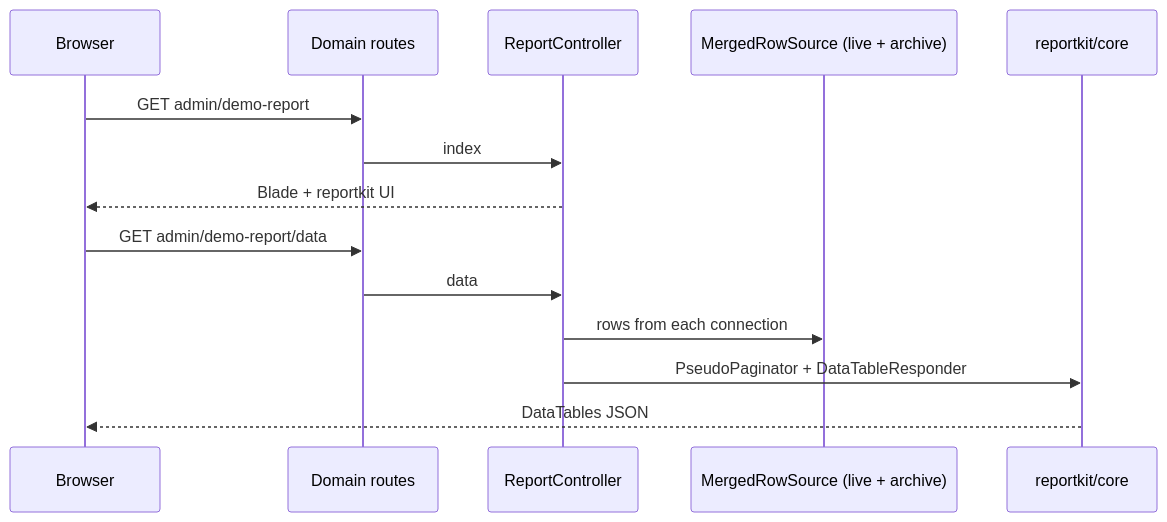
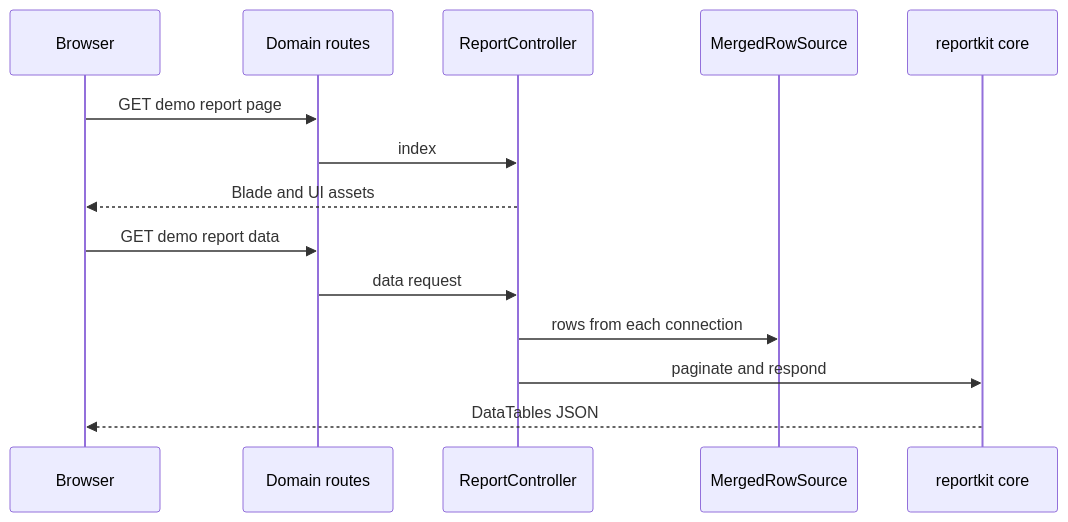
The second of 2 diagrams in .github/README.md (Maijied/Reportkit-Laravel-Legacy), drawn with Mermaid before and after one commit. The commit also changed other lines of this file and 2 other files, not shown here.

Commit message:
fix: GitHub-renderable Mermaid diagrams, visitor/version badges, sync root README

````diff
--- a/.github/README.md
+++ b/.github/README.md
@@ -57,16 +62,16 @@
 ```mermaid
 sequenceDiagram
   participant B as Browser
   participant R as Domain routes
   participant C as ReportController
-  participant S as MergedRowSource (live + archive)
-  participant K as reportkit/core
-  B->>R: GET admin/demo-report
+  participant S as MergedRowSource
+  participant K as reportkit core
+  B->>R: GET demo report page
   R->>C: index
-  C-->>B: Blade + reportkit UI
-  B->>R: GET admin/demo-report/data
-  R->>C: data
+  C-->>B: Blade and UI assets
+  B->>R: GET demo report data
+  R->>C: data request
   C->>S: rows from each connection
-  C->>K: PseudoPaginator + DataTableResponder
+  C->>K: paginate and respond
   K-->>B: DataTables JSON
 ```
````
